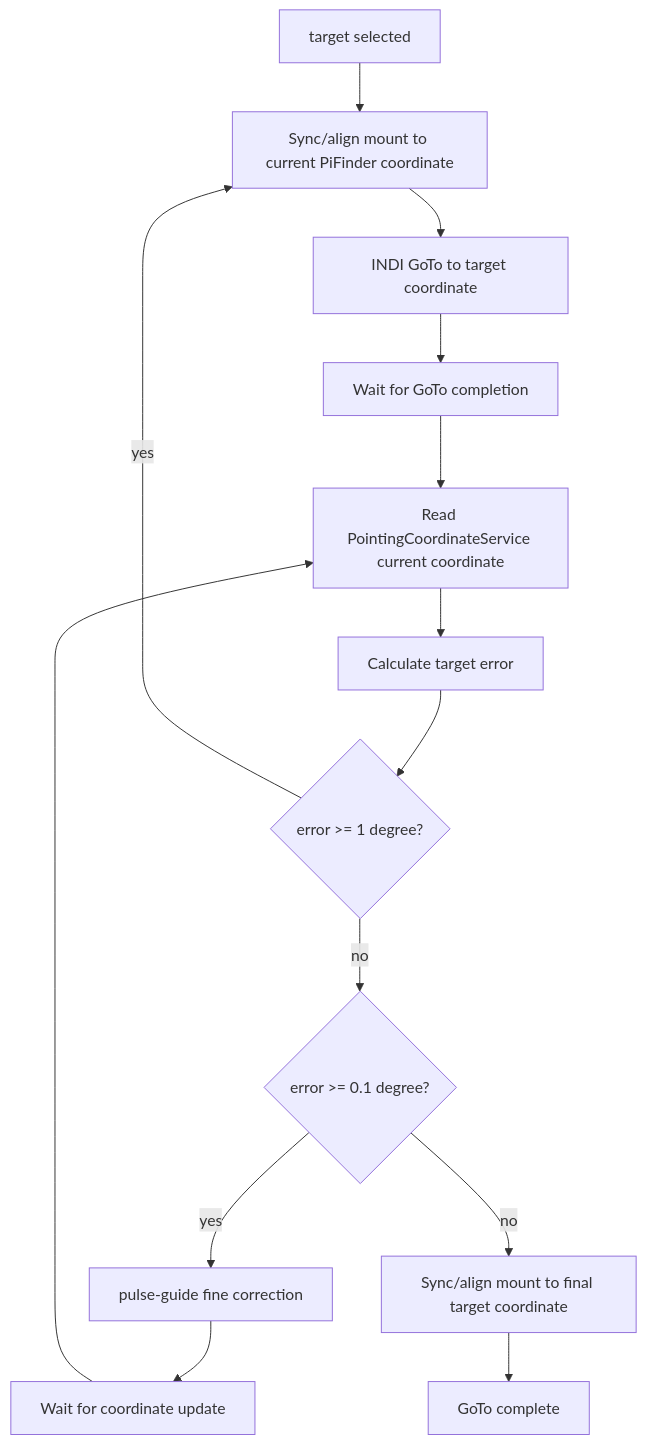
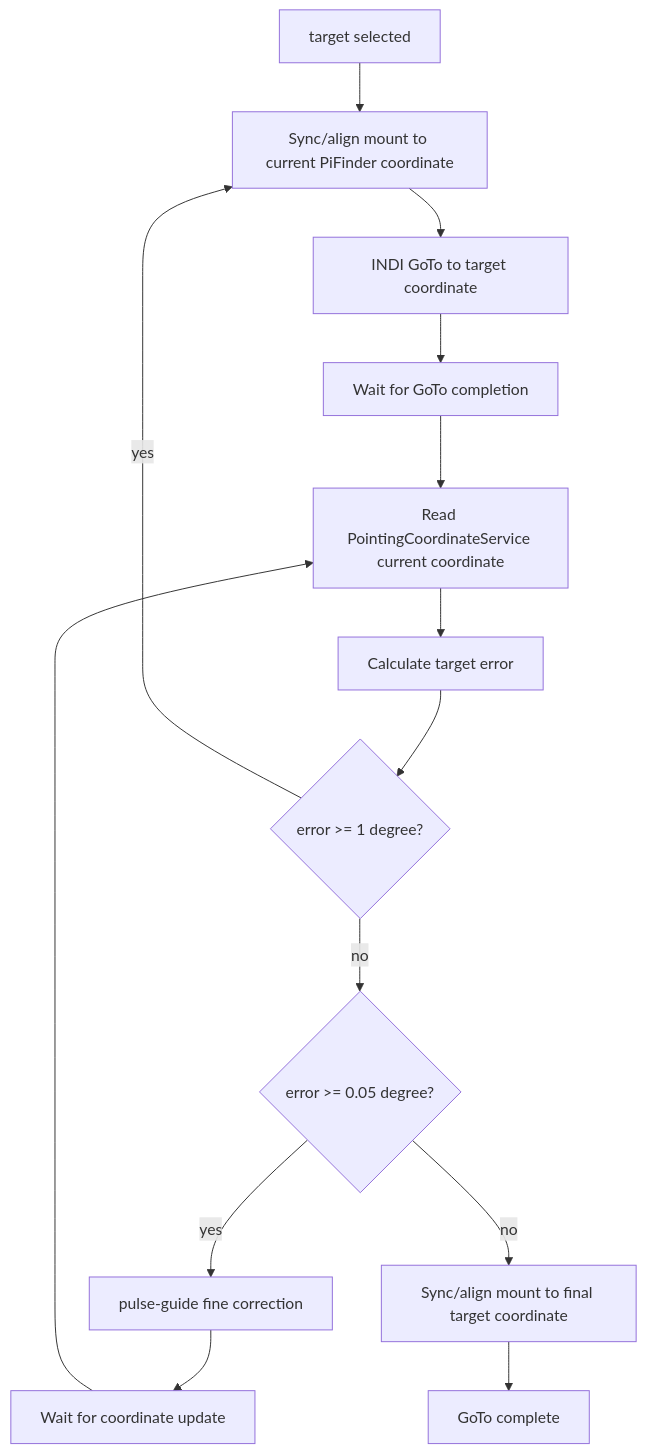
The second of 5 diagrams in docs/mf_dev/mf_indi_goto_guide_plan_en.md (hjoungjoo/MF_PiFinder), drawn with Mermaid before and after one commit. The commit also changed other lines of this file and 10 other files, not shown here.

````diff
--- a/docs/mf_dev/mf_indi_goto_guide_plan_en.md
+++ b/docs/mf_dev/mf_indi_goto_guide_plan_en.md
@@ -561,16 +561,16 @@
 ```mermaid
 flowchart TD
     A[target selected] --> B[Sync/align mount to current PiFinder coordinate]
     B --> C[INDI GoTo to target coordinate]
     C --> D[Wait for GoTo completion]
     D --> E[Read PointingCoordinateService current coordinate]
     E --> F[Calculate target error]
     F --> G{error >= 1 degree?}
     G -->|yes| B
-    G -->|no| H{error >= 0.1 degree?}
+    G -->|no| H{error >= 0.05 degree?}
     H -->|yes| I[pulse-guide fine correction]
     I --> J[Wait for coordinate update]
     J --> E
     H -->|no| K[Sync/align mount to final target coordinate]
     K --> L[GoTo complete]
 ```
````
